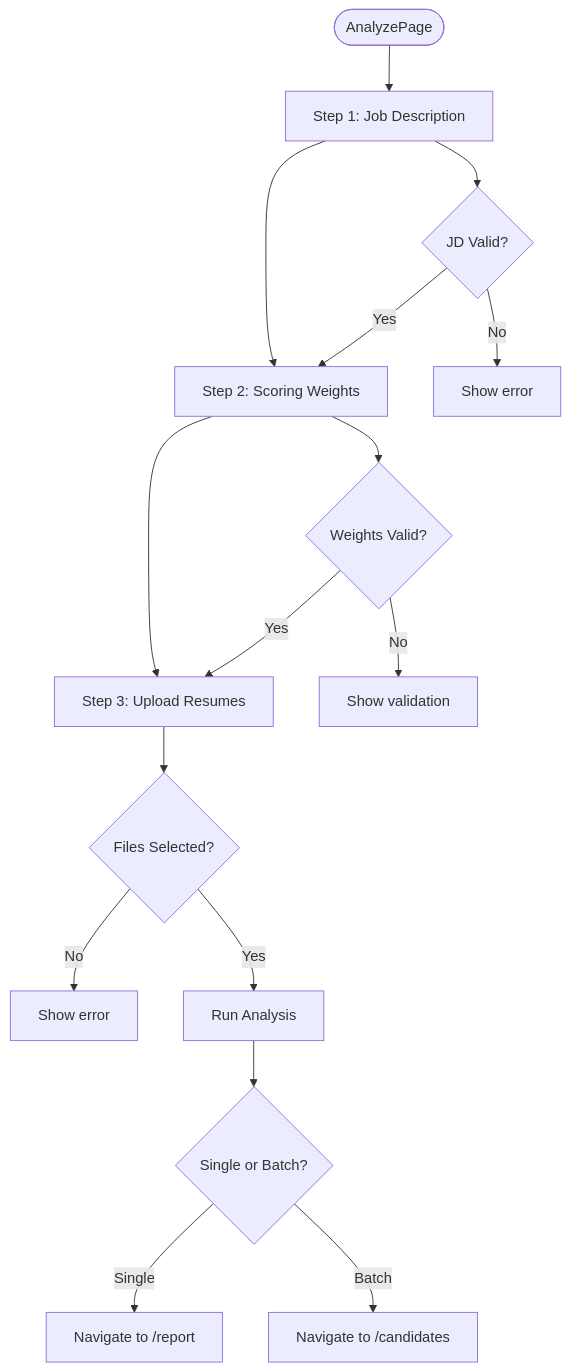
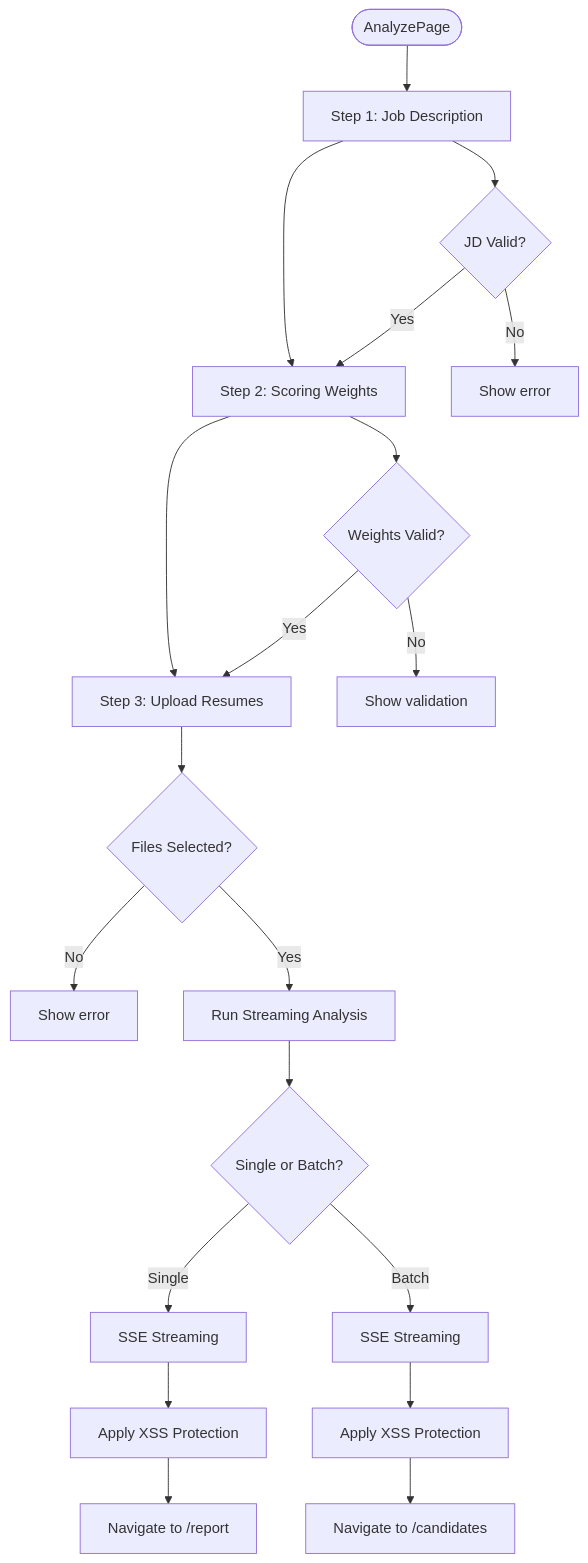
The fourth of 24 diagrams in .qoder/repowiki/en/content/Frontend Architecture/Frontend Architecture.md (Revanththetalogics/aireume), drawn with Mermaid before and after one commit. The commit also changed other lines of this file and 61 other files, not shown here.

````diff
--- a/.qoder/repowiki/en/content/Frontend Architecture/Frontend Architecture.md
+++ b/.qoder/repowiki/en/content/Frontend Architecture/Frontend Architecture.md
@@ -309,18 +348,22 @@
 ```mermaid
 flowchart TD
 Start(["AnalyzePage"]) --> Step1["Step 1: Job Description"]
 Step1 --> Step2["Step 2: Scoring Weights"]
 Step2 --> Step3["Step 3: Upload Resumes"]
 Step1 --> Validate1{"JD Valid?"}
 Validate1 --> |No| Error1["Show error"]
 Validate1 --> |Yes| Step2
 Step2 --> Validate2{"Weights Valid?"}
 Validate2 --> |No| Error2["Show validation"]
 Validate2 --> |Yes| Step3
 Step3 --> Validate3{"Files Selected?"}
 Validate3 --> |No| Error3["Show error"]
-Validate3 --> |Yes| Analyze["Run Analysis"]
+Validate3 --> |Yes| Analyze["Run Streaming Analysis"]
 Analyze --> Single{"Single or Batch?"}
-Single --> |Single| Report["Navigate to /report"]
-Single --> |Batch| Candidates["Navigate to /candidates"]
+Single --> |Single| Stream["SSE Streaming"]
+Stream --> SEC["Apply XSS Protection"]
+SEC --> Report["Navigate to /report"]
+Single --> |Batch| StreamBatch["SSE Streaming"]
+StreamBatch --> SEC2["Apply XSS Protection"]
+SEC2 --> Candidates["Navigate to /candidates"]
 ```
````
